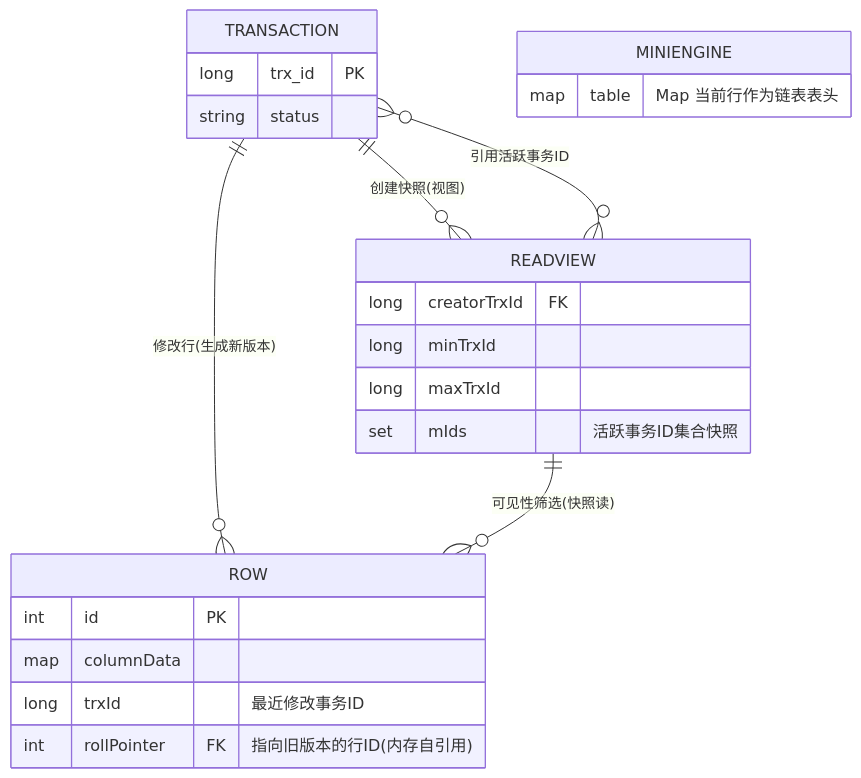
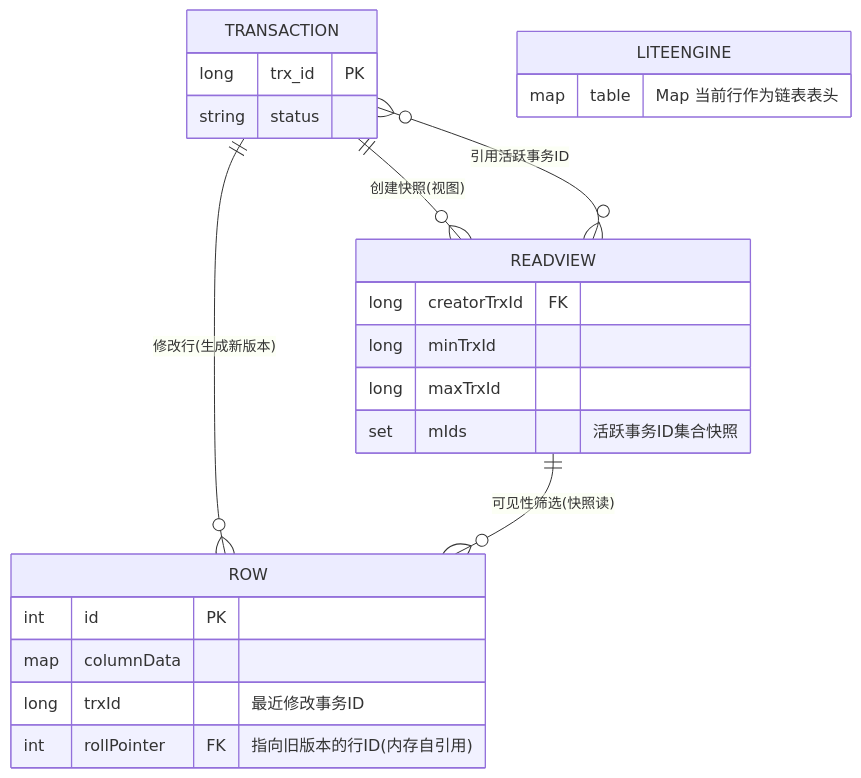
The first of 3 diagrams in docs/diagrams.md (YeLuoXu/java-lite-mvcc), drawn with Mermaid before and after one commit. The commit also changed other lines of this file and 5 other files, not shown here.

````diff
--- a/docs/diagrams.md
+++ b/docs/diagrams.md
@@ -5,27 +5,27 @@
 ```mermaid
 erDiagram
     TRANSACTION {
         long trx_id PK
         string status
     }
     READVIEW {
         long creatorTrxId FK
         long minTrxId
         long maxTrxId
         set  mIds  "活跃事务ID集合快照"
     }
     ROW {
         int  id PK
         map  columnData
         long trxId  "最近修改事务ID"
         int  rollPointer FK "指向旧版本的行ID(内存自引用)"
     }
-    MINIENGINE {
+    LITEENGINE {
         map table "Map<id, Row> 当前行作为链表表头"
     }
 
     TRANSACTION ||--o{ READVIEW : "创建快照(视图)"
     READVIEW }o--o{ TRANSACTION : "引用活跃事务ID"
     TRANSACTION ||--o{ ROW : "修改行(生成新版本)"
     READVIEW ||--o{ ROW : "可见性筛选(快照读)"
 ```
````
